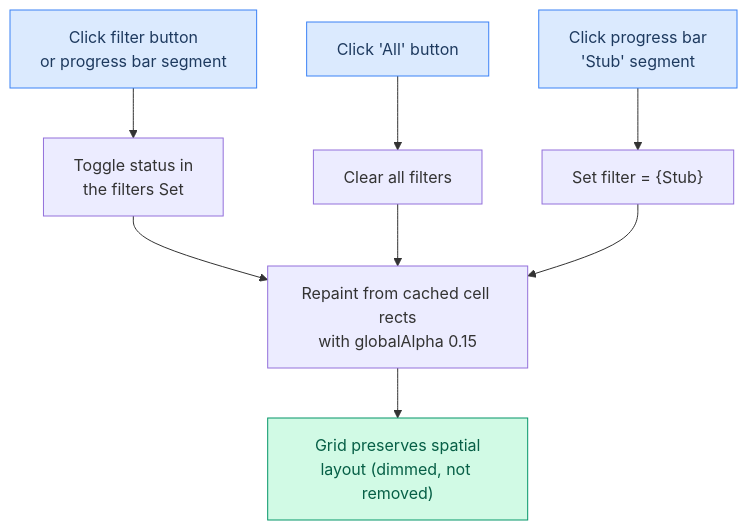
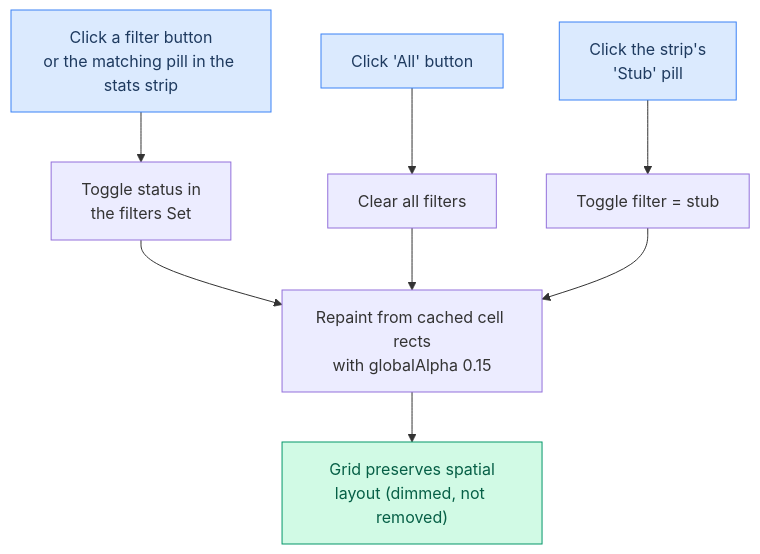
Before and after one commit to maci0/recoverage: the fourth of 18 diagrams in docs/USER_STORIES.md, drawn with Mermaid. The commit also changed other lines of this file and 3 other files, not shown here.

````diff
--- a/docs/USER_STORIES.md
+++ b/docs/USER_STORIES.md
@@ -132,18 +132,18 @@
 ```mermaid
 graph TD
-    A["Click filter button<br/>or progress bar segment"] --> B["Toggle status in<br/>the filters Set"]
+    A["Click a filter button<br/>or the matching pill in the stats strip"] --> B["Toggle status in<br/>the filters Set"]
     B --> C["Repaint from cached cell rects<br/>with globalAlpha 0.15"]
 
     E["Click 'All' button"] --> F["Clear all filters"]
     F --> C
 
-    G["Click progress bar<br/>'Stub' segment"] --> H["Set filter = {Stub}"]
+    G["Click the strip's<br/>'Stub' pill"] --> H["Toggle filter = stub"]
     H --> C
 
     C --> I["Grid preserves spatial<br/>layout (dimmed, not removed)"]
 
     style A fill:#dbeafe,stroke:#3b82f6,color:#1e3a5f
     style E fill:#dbeafe,stroke:#3b82f6,color:#1e3a5f
     style G fill:#dbeafe,stroke:#3b82f6,color:#1e3a5f
     style I fill:#d1fae5,stroke:#059669,color:#065f46
 ```
````
